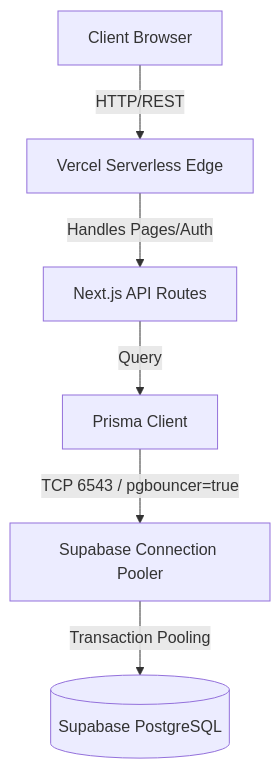
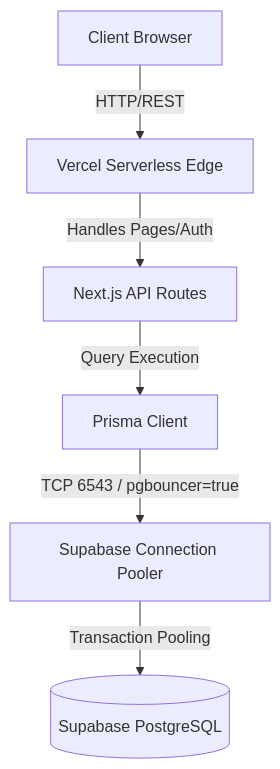
The first of 2 diagrams in README.md (sachhu04/TransitOps), drawn with Mermaid before and after one commit. The commit also changed other lines of this file, not shown here.

````diff
--- a/README.md
+++ b/README.md
@@ -34,15 +34,15 @@
 ```mermaid
 graph TD
     Client[Client Browser]
     Vercel[Vercel Serverless Edge]
     NextAPI[Next.js API Routes]
     Prisma[Prisma Client]
     PgBouncer[Supabase Connection Pooler]
     DB[(Supabase PostgreSQL)]
 
     Client -->|HTTP/REST| Vercel
     Vercel -->|Handles Pages/Auth| NextAPI
-    NextAPI -->|Query| Prisma
+    NextAPI -->|Query Execution| Prisma
     Prisma -->|TCP 6543 / pgbouncer=true| PgBouncer
     PgBouncer -->|Transaction Pooling| DB
 ```
````
